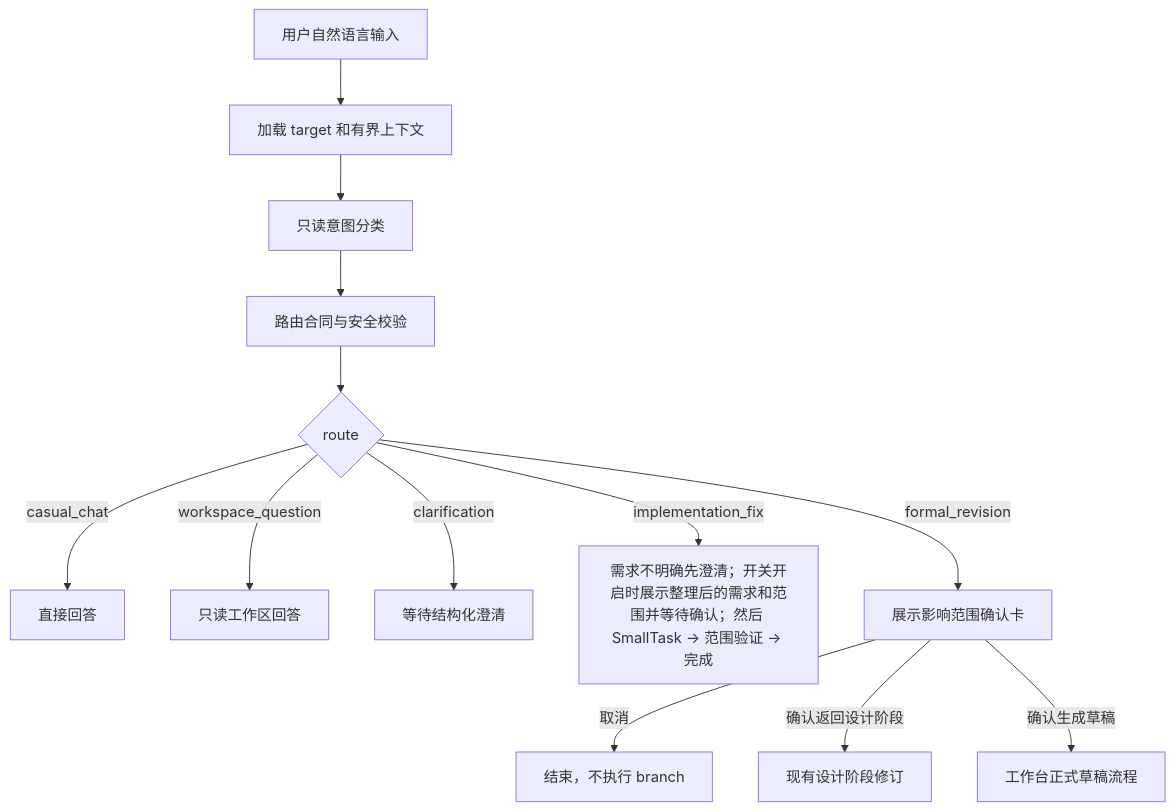
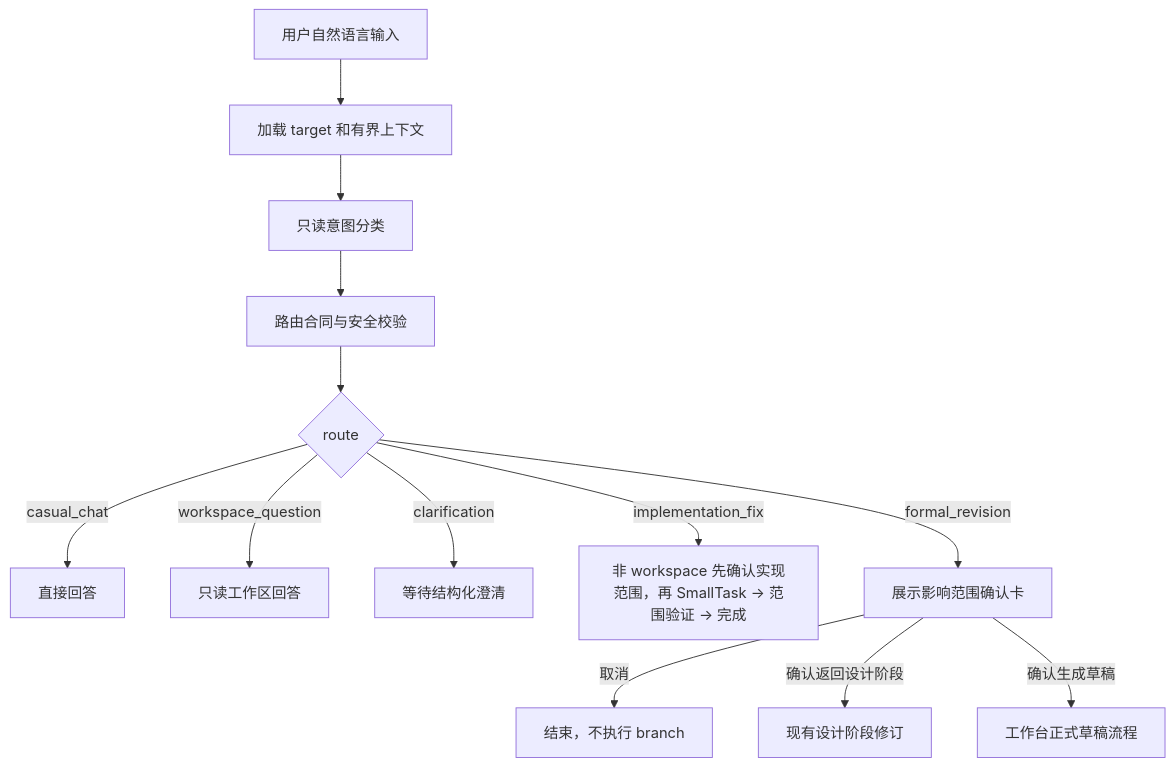
The first of 3 diagrams in docs/APPLICATION_REVISION_WORKFLOW.md (YYYWYF/XCodeAgent), drawn with Mermaid before and after one commit. The commit also changed other lines of this file and 1094 other files, not shown here.

````diff
--- a/docs/APPLICATION_REVISION_WORKFLOW.md
+++ b/docs/APPLICATION_REVISION_WORKFLOW.md
@@ -323,15 +323,15 @@
 ```mermaid
 flowchart TD
     A["用户自然语言输入"] --> B["加载 target 和有界上下文"]
     B --> C["只读意图分类"]
     C --> D["路由合同与安全校验"]
     D --> E{"route"}
     E -- casual_chat --> F["直接回答"]
     E -- workspace_question --> G["只读工作区回答"]
     E -- clarification --> H["等待结构化澄清"]
-    E -- implementation_fix --> I["需求不明确先澄清；开关开启时展示整理后的需求和范围并等待确认；然后 SmallTask -> 范围验证 -> 完成"]
+    E -- implementation_fix --> I["非 workspace 先确认实现范围，再 SmallTask -> 范围验证 -> 完成"]
     E -- formal_revision --> J["展示影响范围确认卡"]
     J -- 取消 --> K["结束，不执行 branch"]
     J -- 确认返回设计阶段 --> L["现有设计阶段修订"]
     J -- 确认生成草稿 --> M["工作台正式草稿流程"]
 ```
````
